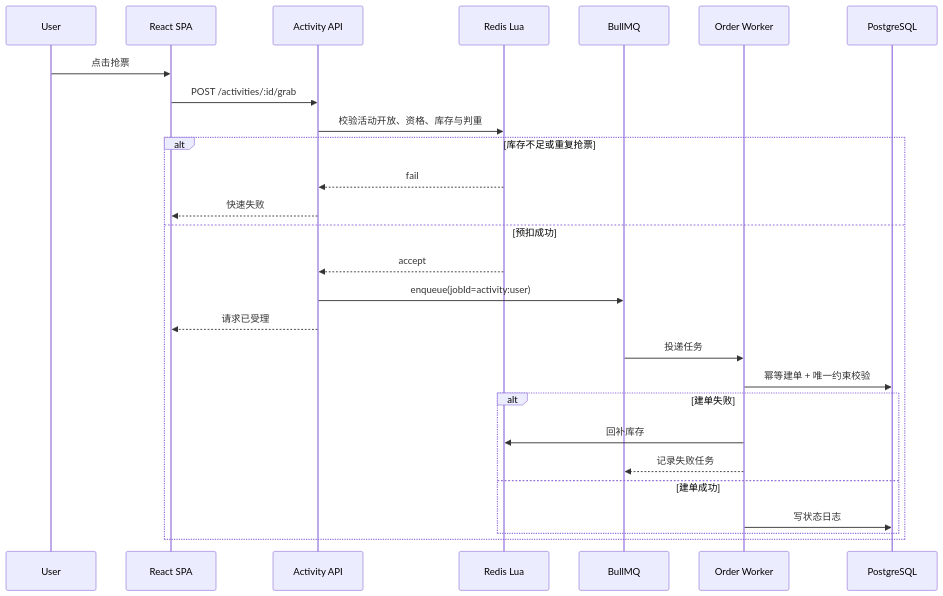
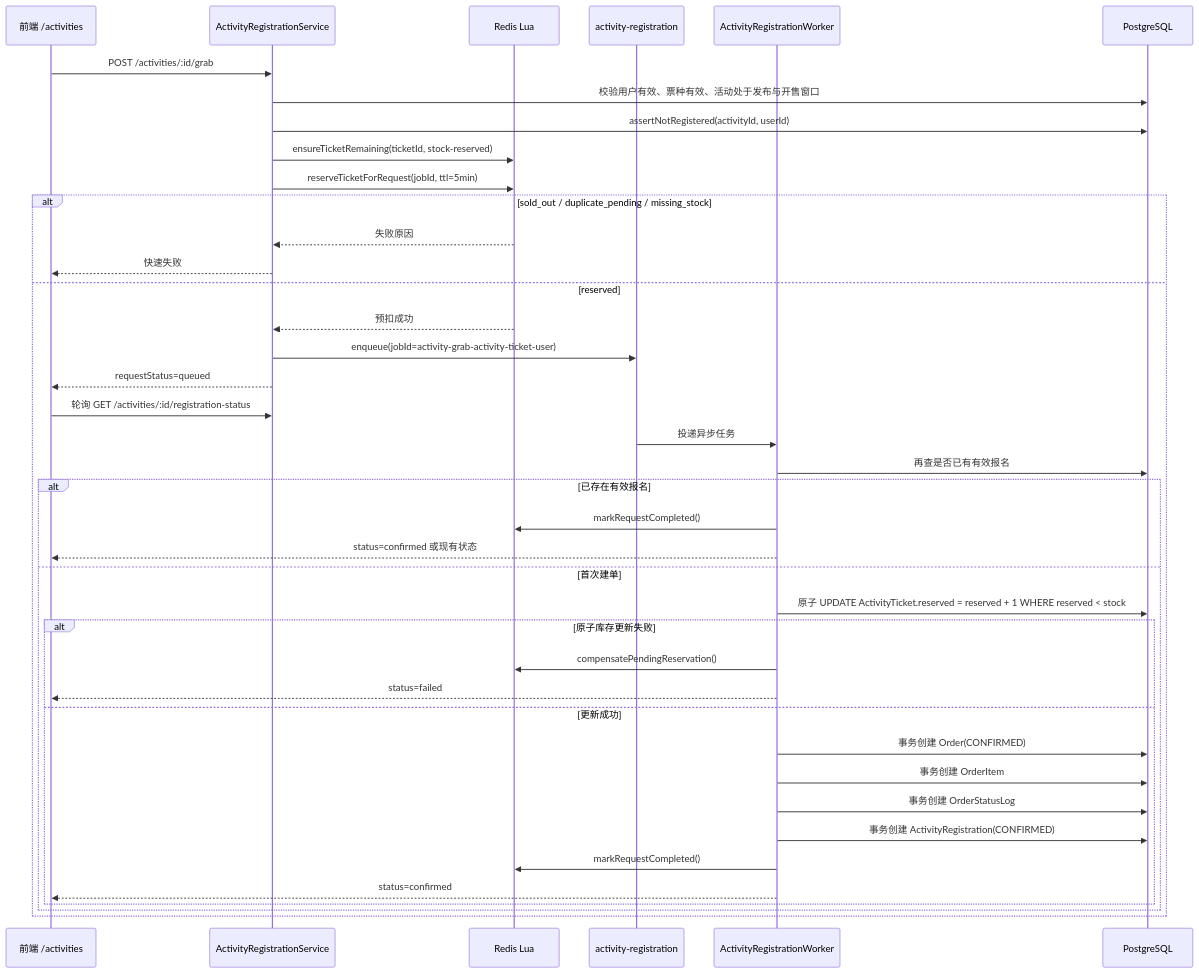
Before and after one commit to Aurorra1123/ust-dev: the fifth of 8 diagrams in docs/architecture/architecture-diagrams.md, drawn with Mermaid. The commit also changed other lines of this file and 3 other files, not shown here.

Commit message:
docs: audit current implementation diagrams

````diff
--- a/docs/architecture/architecture-diagrams.md
+++ b/docs/architecture/architecture-diagrams.md
@@ -74,30 +174,43 @@
 ```mermaid
 sequenceDiagram
-    participant User as User
-    participant FE as React SPA
-    participant API as Activity API
+    participant FE as 前端 /activities
+    participant API as ActivityRegistrationService
     participant Redis as Redis Lua
-    participant Queue as BullMQ
-    participant Worker as Order Worker
+    participant Queue as activity-registration
+    participant Worker as ActivityRegistrationWorker
     participant DB as PostgreSQL
 
-    User->>FE: 点击抢票
     FE->>API: POST /activities/:id/grab
-    API->>Redis: 校验活动开放、资格、库存与判重
-    alt 库存不足或重复抢票
-        Redis-->>API: fail
+    API->>DB: 校验用户有效、票种有效、活动处于发布与开售窗口
+    API->>DB: assertNotRegistered(activityId, userId)
+    API->>Redis: ensureTicketRemaining(ticketId, stock-reserved)
+    API->>Redis: reserveTicketForRequest(jobId, ttl=5min)
+    alt sold_out / duplicate_pending / missing_stock
+        Redis-->>API: 失败原因
         API-->>FE: 快速失败
-    else 预扣成功
-        Redis-->>API: accept
-        API->>Queue: enqueue(jobId=activity:user)
-        API-->>FE: 请求已受理
-        Queue->>Worker: 投递任务
-        Worker->>DB: 幂等建单 + 唯一约束校验
-        alt 建单失败
-            Worker->>Redis: 回补库存
-            Worker-->>Queue: 记录失败任务
-        else 建单成功
-            Worker->>DB: 写状态日志
+    else reserved
+        Redis-->>API: 预扣成功
+        API->>Queue: enqueue(jobId=activity-grab-activity-ticket-user)
+        API-->>FE: requestStatus=queued
+        FE->>API: 轮询 GET /activities/:id/registration-status
+        Queue->>Worker: 投递异步任务
+        Worker->>DB: 再查是否已有有效报名
+        alt 已存在有效报名
+            Worker->>Redis: markRequestCompleted()
+            Worker-->>FE: status=confirmed 或现有状态
+        else 首次建单
+            Worker->>DB: 原子 UPDATE ActivityTicket.reserved = reserved + 1 WHERE reserved < stock
+            alt 原子库存更新失败
+                Worker->>Redis: compensatePendingReservation()
+                Worker-->>FE: status=failed
+            else 更新成功
+                Worker->>DB: 事务创建 Order(CONFIRMED)
+                Worker->>DB: 事务创建 OrderItem
+                Worker->>DB: 事务创建 OrderStatusLog
+                Worker->>DB: 事务创建 ActivityRegistration(CONFIRMED)
+                Worker->>Redis: markRequestCompleted()
+                Worker-->>FE: status=confirmed
+            end
         end
     end
 ```
````
